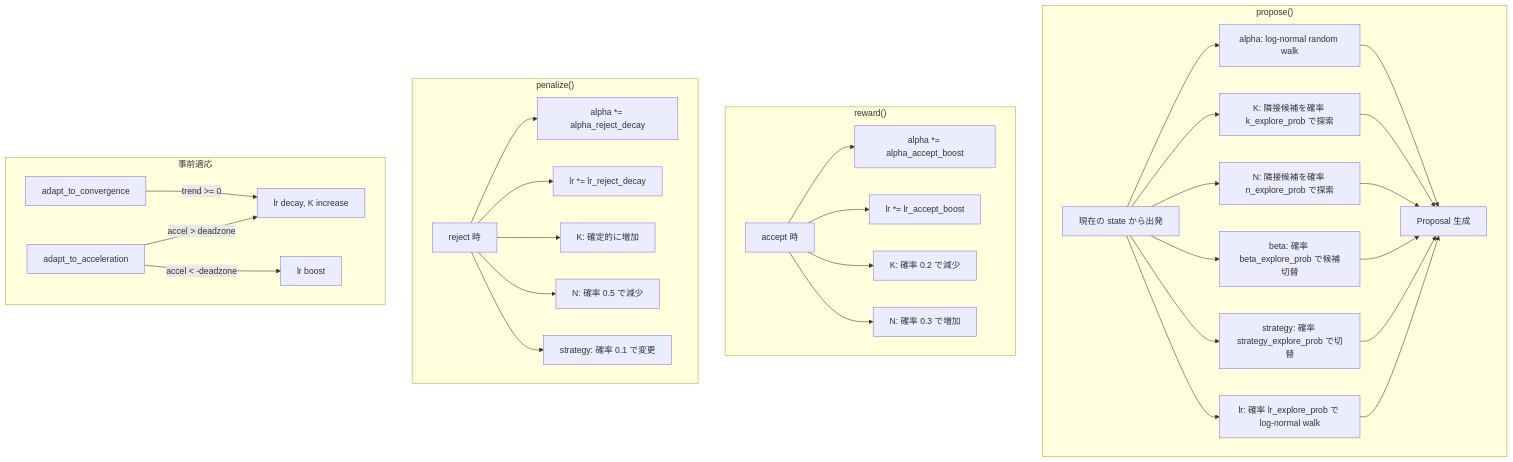
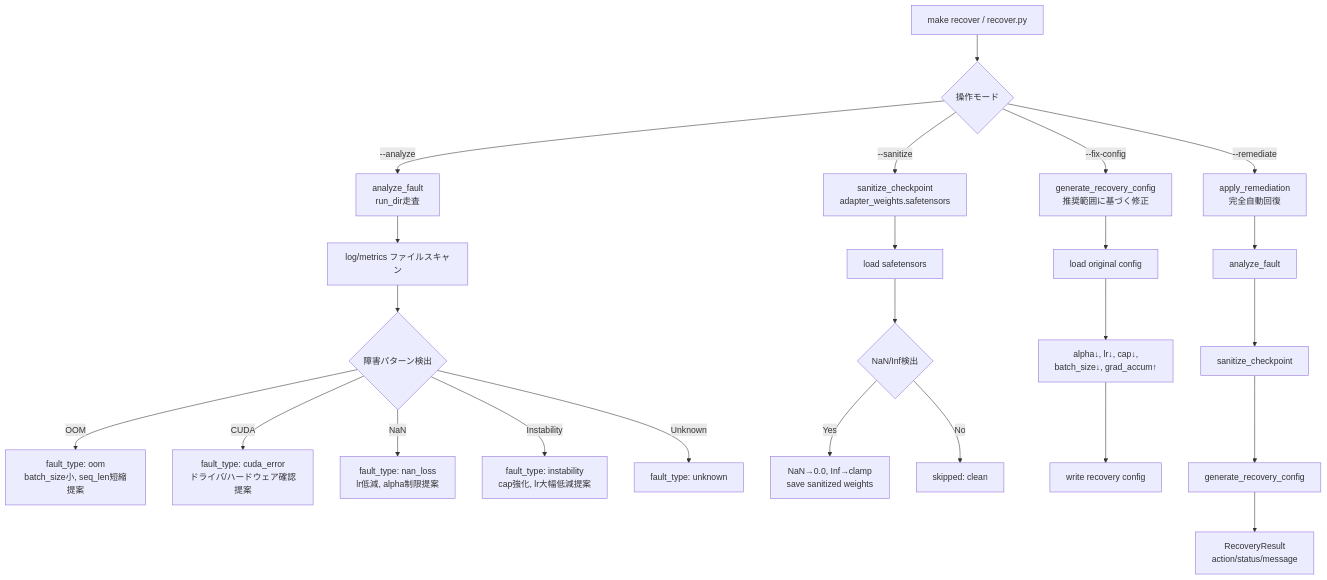
One commit to jinno-ai-lab/tg-lora-public changed the eighth of 56 diagrams in specs/tg-lora/dataflow.md. Above: the diagram before and after it, drawn with Mermaid. The commit also changed other lines of this file and 137 other files, not shown here.

````diff
--- a/specs/tg-lora/dataflow.md
+++ b/specs/tg-lora/dataflow.md
@@ -167,34 +274,30 @@
 ```mermaid
 flowchart TD
-    subgraph "propose()"
-        P1[現在の state から出発]
-        P1 --> P2[alpha: log-normal random walk]
-        P1 --> P3[K: 隣接候補を確率 k_explore_prob で探索]
-        P1 --> P4[N: 隣接候補を確率 n_explore_prob で探索]
-        P1 --> P5[beta: 確率 beta_explore_prob で候補切替]
-        P1 --> P6[strategy: 確率 strategy_explore_prob で切替]
-        P1 --> P7[lr: 確率 lr_explore_prob で log-normal walk]
-        P2 & P3 & P4 & P5 & P6 & P7 --> P8[Proposal 生成]
-    end
+    Start[make recover / recover.py] --> Mode{操作モード}
 
-    subgraph "reward()"
-        R1[accept 時] --> R2[alpha *= alpha_accept_boost]
-        R1 --> R3[lr *= lr_accept_boost]
-        R1 --> R4[K: 確率 0.2 で減少]
-        R1 --> R5[N: 確率 0.3 で増加]
-    end
+    Mode -->|--analyze| Analyze[analyze_fault<br/>run_dir走査]
+    Analyze --> Scan[log/metrics ファイルスキャン]
+    Scan --> Pattern{障害パターン検出}
+    Pattern -->|OOM| A_OOM[fault_type: oom<br/>batch_size小, seq_len短縮提案]
+    Pattern -->|CUDA| A_CUDA[fault_type: cuda_error<br/>ドライバ/ハードウェア確認提案]
+    Pattern -->|NaN| A_NAN[fault_type: nan_loss<br/>lr低減, alpha制限提案]
+    Pattern -->|Instability| A_INST[fault_type: instability<br/>cap強化, lr大幅低減提案]
+    Pattern -->|Unknown| A_UNKNOWN[fault_type: unknown]
 
-    subgraph "penalize()"
-        PE1[reject 時] --> PE2[alpha *= alpha_reject_decay]
-        PE1 --> PE3[lr *= lr_reject_decay]
-        PE1 --> PE4[K: 確定的に増加]
-        PE1 --> PE5[N: 確率 0.5 で減少]
-        PE1 --> PE6[strategy: 確率 0.1 で変更]
-    end
+    Mode -->|--sanitize| Sanitize[sanitize_checkpoint<br/>adapter_weights.safetensors]
+    Sanitize --> Load[load safetensors]
+    Load --> Fix{NaN/Inf検出}
+    Fix -->|Yes| Replace[NaN→0.0, Inf→clamp<br/>save sanitized weights]
+    Fix -->|No| Skip[skipped: clean]
 
-    subgraph "事前適応"
-        A1[adapt_to_convergence] -->|trend >= 0| A2[lr decay, K increase]
-        A3[adapt_to_acceleration] -->|accel > deadzone| A2
-        A3 -->|accel < -deadzone| A4[lr boost]
-    end
+    Mode -->|--fix-config| FixConfig[generate_recovery_config<br/>推奨範囲に基づく修正]
+    FixConfig --> Read[load original config]
+    Read --> Adjust[alpha↓, lr↓, cap↓,<br/>batch_size↓, grad_accum↑]
+    Adjust --> Write[write recovery config]
+
+    Mode -->|--remediate| Remediate[apply_remediation<br/>完全自動回復]
+    Remediate --> R1[analyze_fault]
+    R1 --> R2[sanitize_checkpoint]
+    R2 --> R3[generate_recovery_config]
+    R3 --> R4[RecoveryResult<br/>action/status/message]
 ```
````
